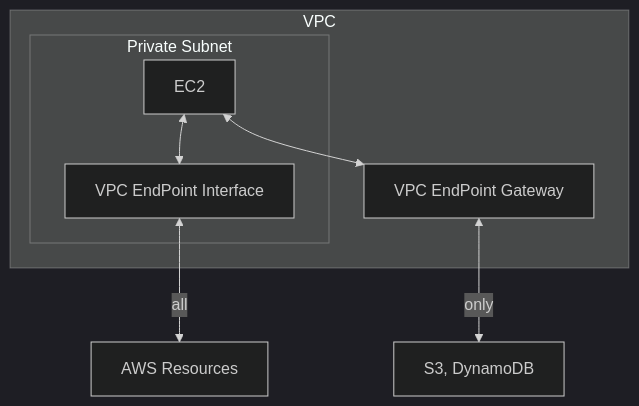
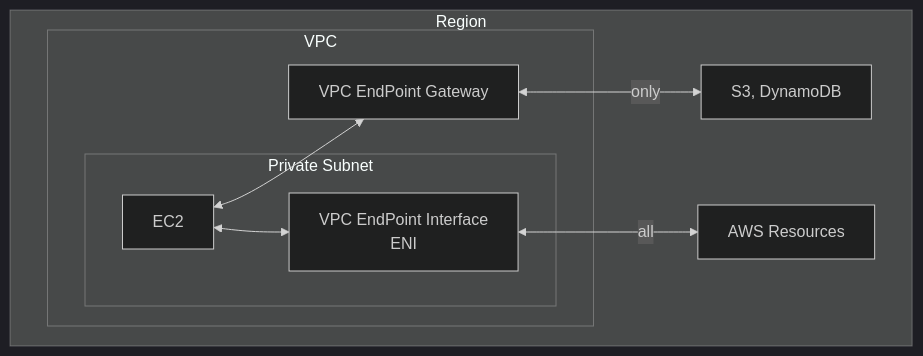
The diagram in aws/VPC_PrivateLink.md (cool21540125/documentation-notes), drawn with Mermaid (dark theme) before and after one commit. The commit also changed other lines of this file and 4 other files, not shown here.

````diff
--- a/aws/VPC_PrivateLink.md
+++ b/aws/VPC_PrivateLink.md
@@ -19,16 +24,20 @@
 ```mermaid
 flowchart TB
-subgraph VPC
-    subgraph Private Subnet
-        ec2["EC2"]
-        vei["VPC EndPoint Interface"]
+
+subgraph Region
+    subgraph VPC
+        subgraph Private Subnet
+            ec2["EC2"]
+            vei["VPC EndPoint Interface\n ENI"]
+        end
+        veg["VPC EndPoint Gateway"]
     end
-    veg["VPC EndPoint Gateway"]
-end
+
 
 ec2 <--> vei;
 ec2 <--> veg;
 
 veg <-- only --> limited["S3, DynamoDB"]
 vei <-- all --> aws["AWS Resources"]
+end
 ```
````
